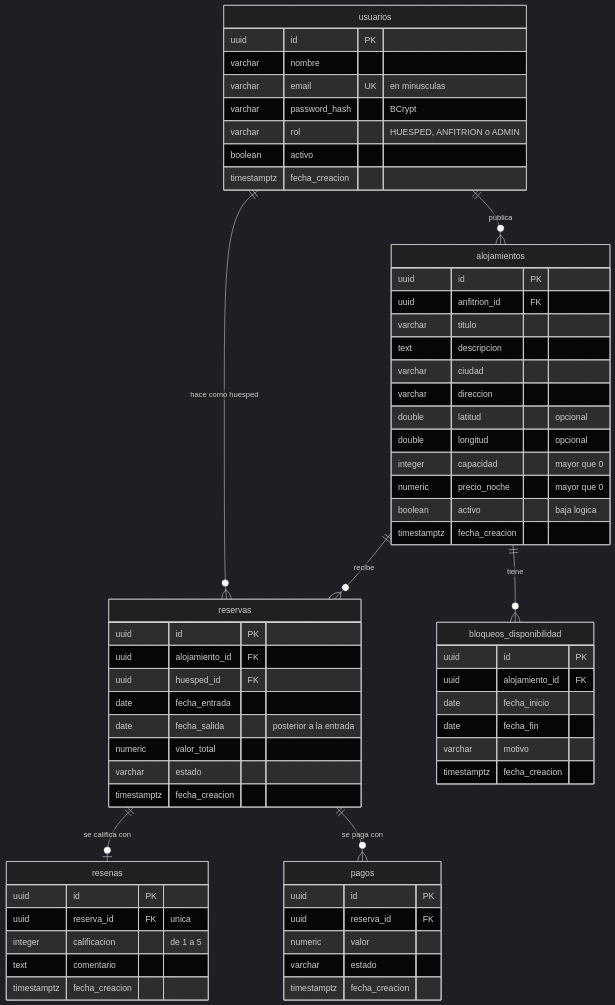
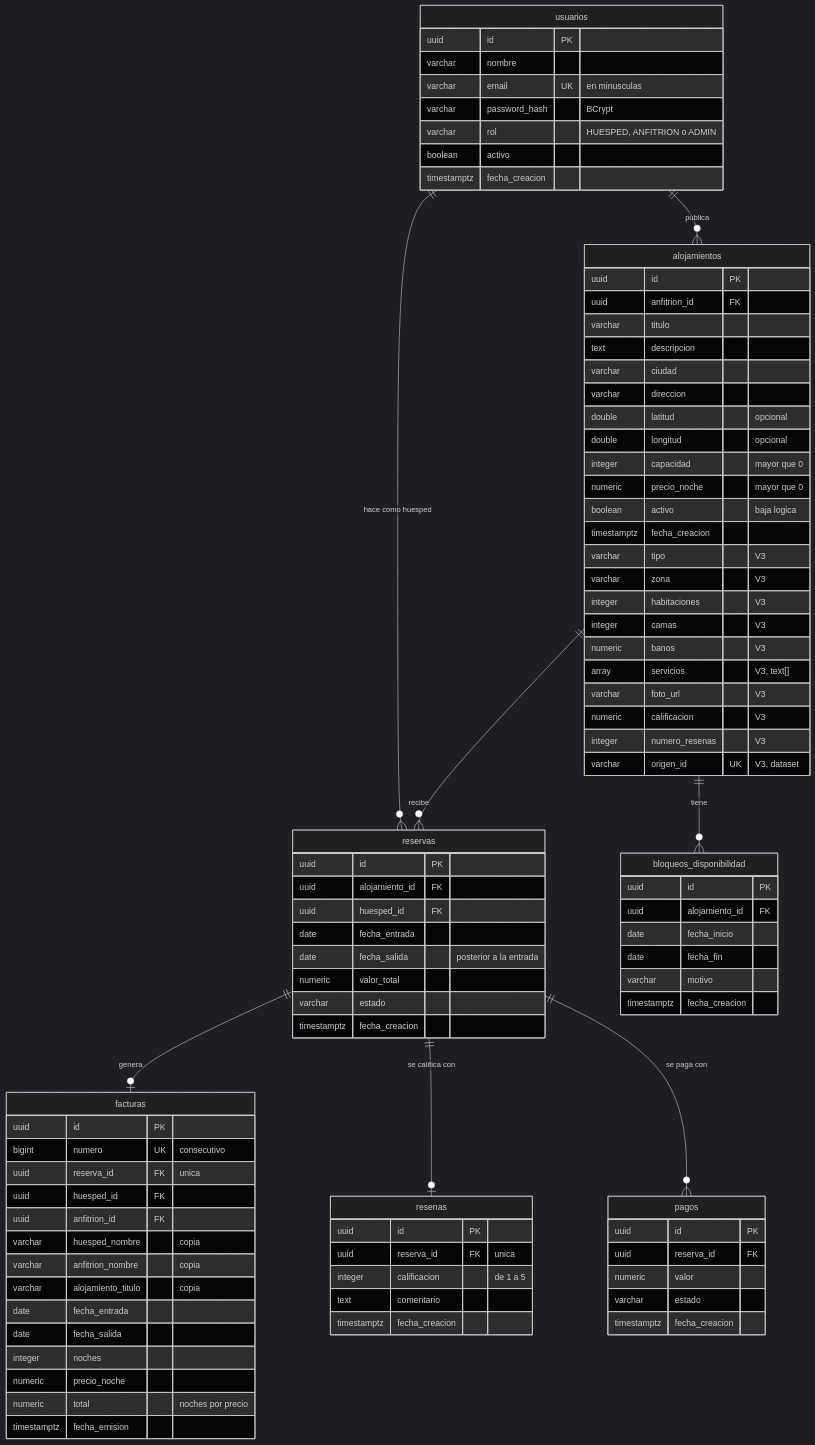
One commit to SantiagoMCaicedo08/upland changed the diagram in docs/DISENO-BD.md. Above: the diagram before and after it, drawn with Mermaid (dark theme). The commit also changed other lines of this file and 1 other file, not shown here.

```diff
--- a/docs/DISENO-BD.md
+++ b/docs/DISENO-BD.md
@@ -23,6 +24,7 @@
     usuarios ||--o{ reservas : "hace como huesped"
     alojamientos ||--o{ reservas : "recibe"
     alojamientos ||--o{ bloqueos_disponibilidad : "tiene"
+    reservas ||--o| facturas : "genera"
     reservas ||--o| resenas : "se califica con"
     reservas ||--o{ pagos : "se paga con"
 
@@ -49,6 +51,16 @@
         numeric precio_noche "mayor que 0"
         boolean activo "baja logica"
         timestamptz fecha_creacion
+        varchar tipo "V3"
+        varchar zona "V3"
+        integer habitaciones "V3"
+        integer camas "V3"
+        numeric banos "V3"
+        array servicios "V3, text[]"
+        varchar foto_url "V3"
+        numeric calificacion "V3"
+        integer numero_resenas "V3"
+        varchar origen_id UK "V3, dataset"
     }
 
     reservas {
@@ -79,6 +91,23 @@
         timestamptz fecha_creacion
     }
 
+    facturas {
+        uuid id PK
+        bigint numero UK "consecutivo"
+        uuid reserva_id FK "unica"
+        uuid huesped_id FK
+        uuid anfitrion_id FK
+        varchar huesped_nombre "copia"
+        varchar anfitrion_nombre "copia"
+        varchar alojamiento_titulo "copia"
+        date fecha_entrada
+        date fecha_salida
+        integer noches
+        numeric precio_noche
+        numeric total "noches por precio"
+        timestamptz fecha_emision
+    }
+
     pagos {
         uuid id PK
         uuid reserva_id FK
```
